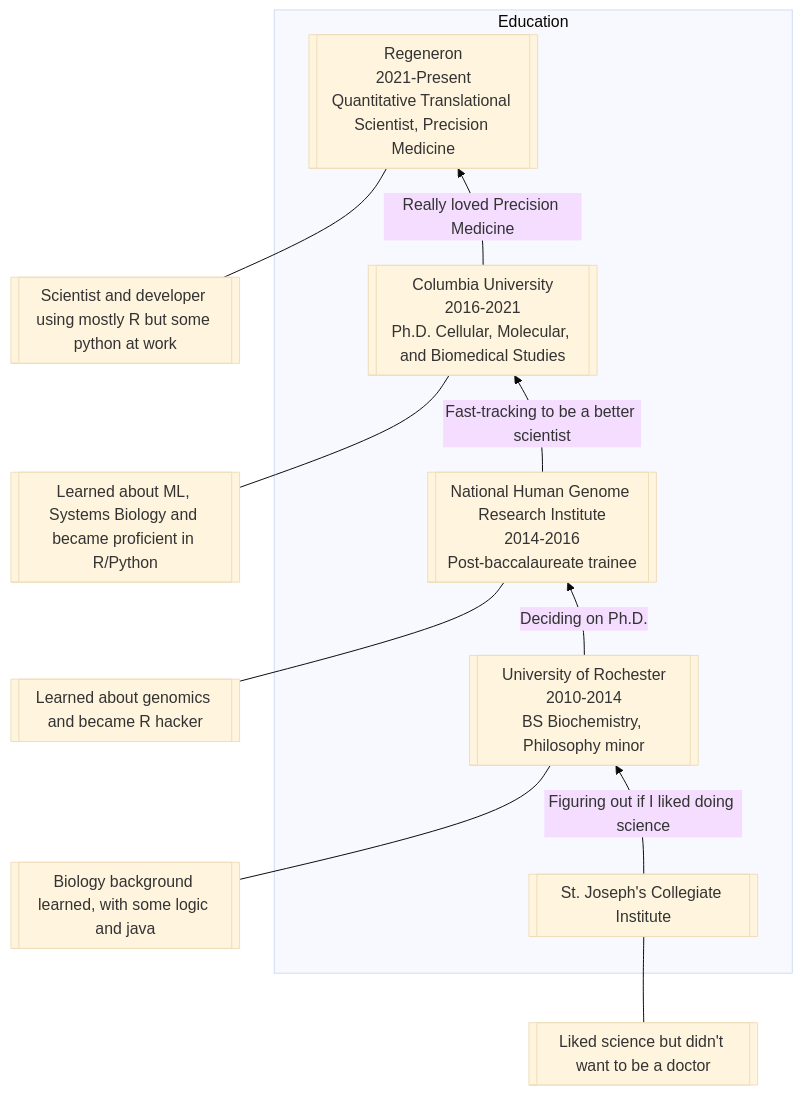
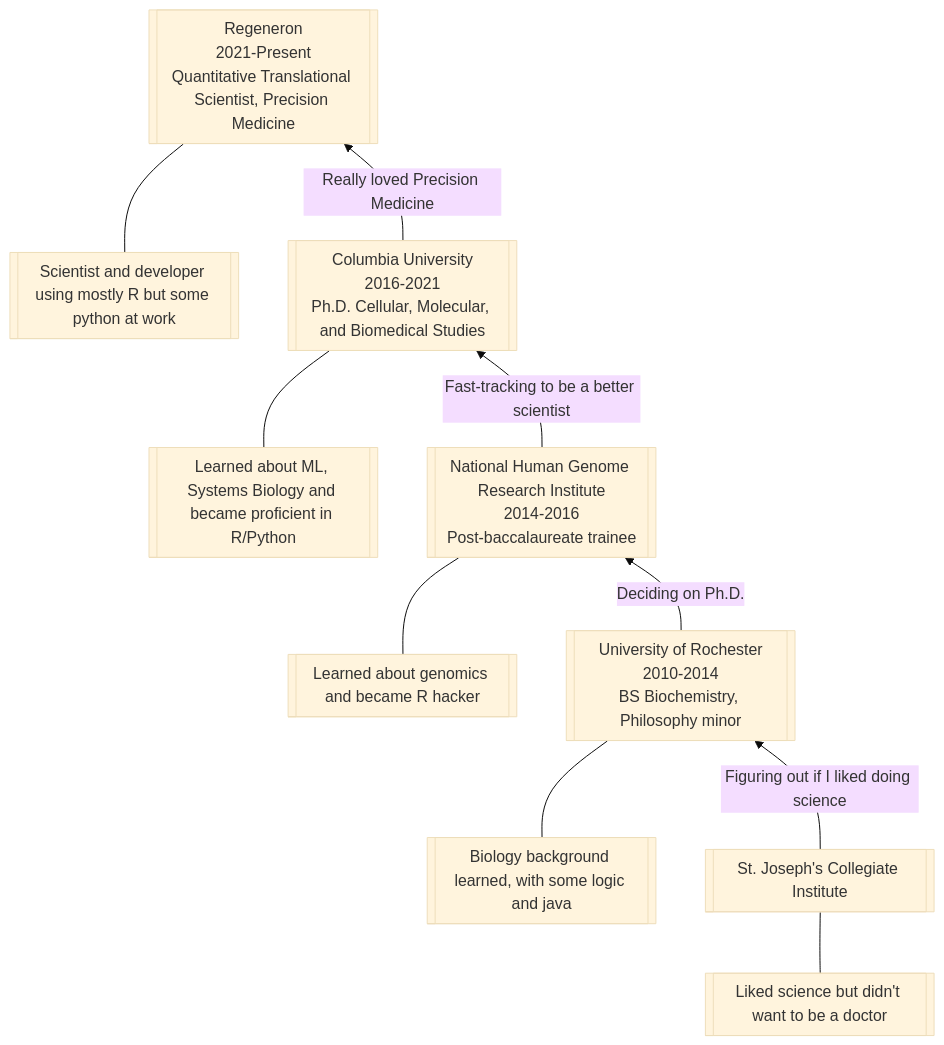
Before and after one commit to ngiangre/ngiangre.github.io: the diagram in content/about/index.qmd, drawn with Mermaid (base theme). The commit also changed other lines of this file and 3 other files, not shown here.

Commit message:
removed mermaid subgraph

````diff
--- a/content/about/index.qmd
+++ b/content/about/index.qmd
@@ -31,15 +33,17 @@
 ```{mermaid}
+%%| label: fig-mermaid-flowchart
+%%| fig-cap: Education and experience timeline
+%%| fig-height: 20
 flowchart BT
   HSCoding[[Liked science but didn't want to be a doctor]] --- HS
   CollegeCoding[[Biology background learned, with some logic and java]] --- College
   PostbacCoding[[Learned about genomics and became R hacker]] --- Postbac
   PhdCoding[[Learned about ML, Systems Biology and became proficient in R/Python]] --- Phd
   JobCoding[[Scientist and developer using mostly R but some python at work]] --- Job
-  subgraph Education
+
   HS[[St. Joseph's Collegiate Institute]] -- Figuring out if I liked doing science --> College[[University of Rochester<br>2010-2014<br>BS Biochemistry, Philosophy minor]]
   College -- Deciding on Ph.D. --> Postbac[[National Human Genome Research Institute<br>2014-2016<br>Post-baccalaureate trainee]]
   Postbac -- Fast-tracking to be a better scientist --> Phd[[Columbia University<br>2016-2021<br>Ph.D. Cellular, Molecular, and Biomedical Studies]]
   Phd -- Really loved Precision Medicine -->  Job[[Regeneron<br>2021-Present<br>Quantitative Translational Scientist, Precision Medicine]]
-  end
   
 ```
````
